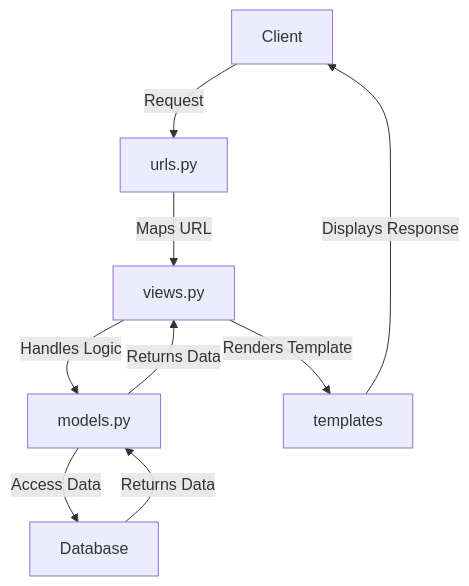
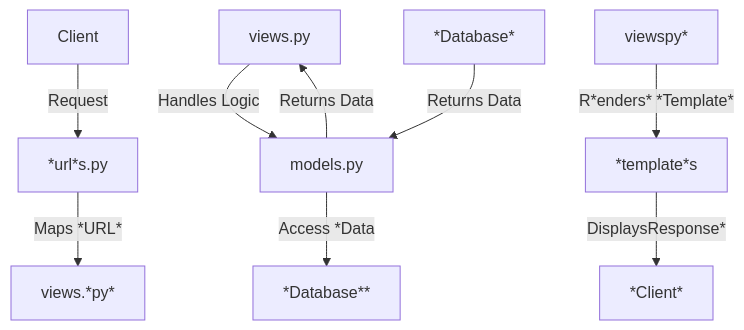
One commit to theoalll/eshop-pbp changed the diagram in README.md. Above: the diagram before and after it, drawn with Mermaid. The commit also changed other lines of this file, not shown here.

````diff
--- a/README.md
+++ b/README.md
@@ -47,11 +46,11 @@
 ```mermaid
 graph TD;
-    Client -->|Request| urls.py;
-    urls.py -->|Maps URL| views.py;
+    Client -->|Request| *url*s.py;
+    *url*s.py -->|Maps *URL*| views.*py*;
     views.py -->|Handles Logic| models.py;
-    views.py -->|Renders Template| templates;
-    models.py -->|Access Data| Database;
-    Database -->|Returns Data| models.py;
+    viewspy* -->|R*enders* *Template*| *template*s;
+    models.py -->|Access *Data| *Database**;
+    *Database* -->|Returns Data| models.py;
     models.py -->|Returns Data| views.py;
-    templates -->|Displays Response| Client;
+    *template*s -->|DisplaysResponse*| *Client*;
 ```
````
